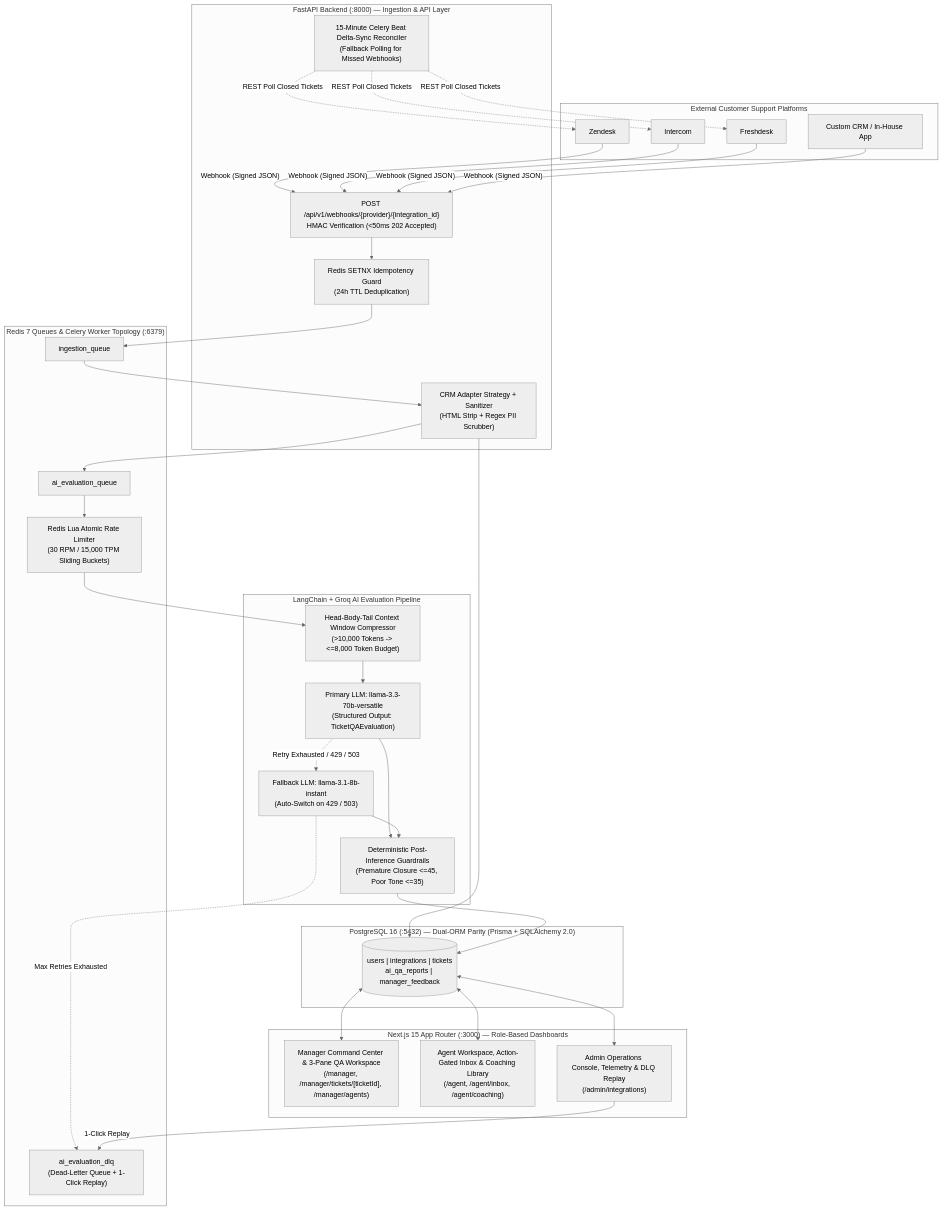
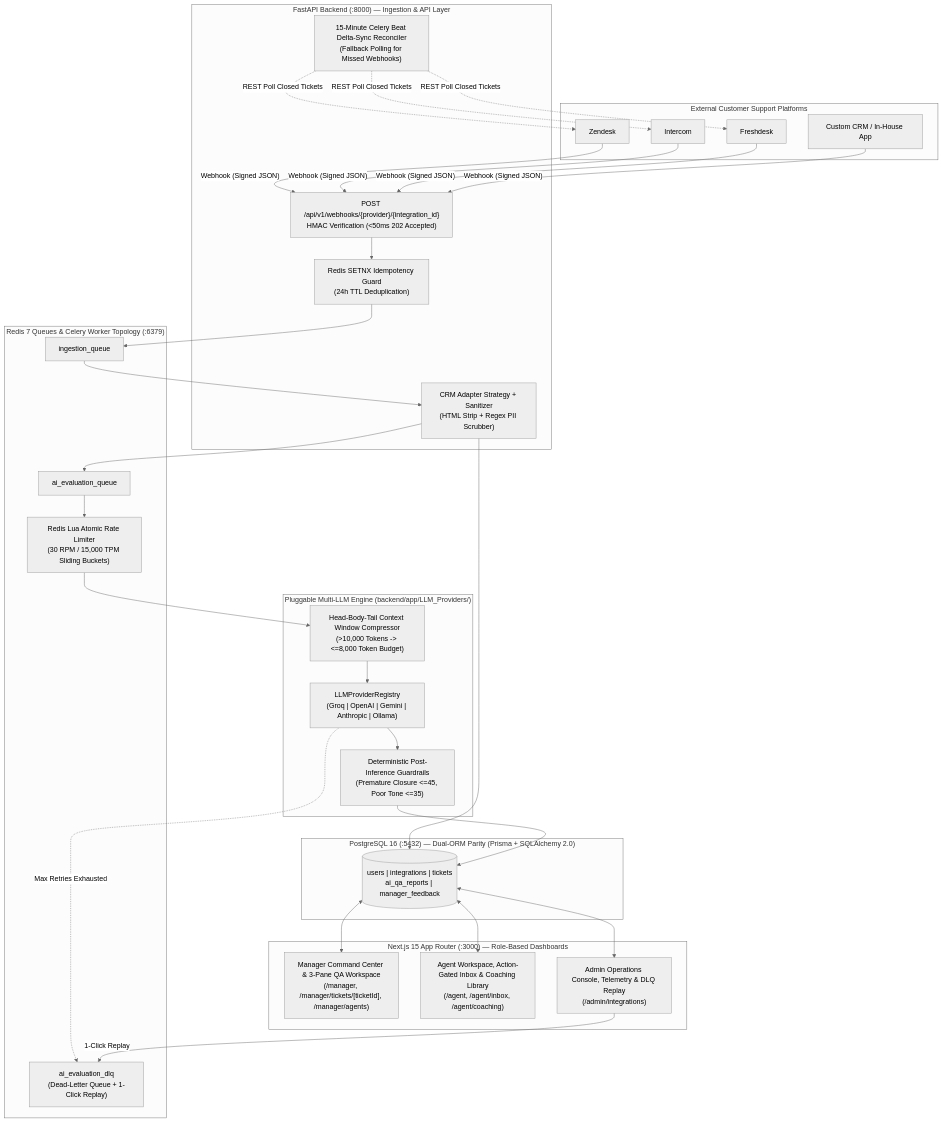
Before and after one commit to engayman2002/Customer-Support-Ticket-Summarization-Agent-QA-Platform: the diagram in README.md, drawn with Mermaid (neutral theme). The commit also changed other lines of this file and 16 other files, not shown here.

Commit message:
refactor(config,ai): modularize layered .env configs and add pluggable backend/app/LLM_Providers architecture

````diff
--- a/README.md
+++ b/README.md
@@ -36,50 +37,47 @@
 ```mermaid
 flowchart TD
     subgraph ExternalCRMs["External Customer Support Platforms"]
         ZD["Zendesk"]
         IC["Intercom"]
         FD["Freshdesk"]
         CU["Custom CRM / In-House App"]
     end
 
     subgraph FastAPIIngestion["FastAPI Backend (:8000) — Ingestion & API Layer"]
         WH["POST /api/v1/webhooks/{provider}/{integration_id}<br/>HMAC Verification (<50ms 202 Accepted)"]
         DEDUP["Redis SETNX Idempotency Guard<br/>(24h TTL Deduplication)"]
         NORM["CRM Adapter Strategy + Sanitizer<br/>(HTML Strip + Regex PII Scrubber)"]
         RECON["15-Minute Celery Beat Delta-Sync Reconciler<br/>(Fallback Polling for Missed Webhooks)"]
     end
 
     subgraph AsyncWorkers["Redis 7 Queues & Celery Worker Topology (:6379)"]
         INGQ["ingestion_queue"]
         EVALQ["ai_evaluation_queue"]
         DLQ["ai_evaluation_dlq<br/>(Dead-Letter Queue + 1-Click Replay)"]
         RL["Redis Lua Atomic Rate Limiter<br/>(30 RPM / 15,000 TPM Sliding Buckets)"]
     end
 
-    subgraph AIPipeline["LangChain + Groq AI Evaluation Pipeline"]
+    subgraph LLMProviders["Pluggable Multi-LLM Engine (backend/app/LLM_Providers/)"]
         COMP["Head-Body-Tail Context Window Compressor<br/>(>10,000 Tokens -> <=8,000 Token Budget)"]
-        LLM1["Primary LLM: llama-3.3-70b-versatile<br/>(Structured Output: TicketQAEvaluation)"]
-        LLM2["Fallback LLM: llama-3.1-8b-instant<br/>(Auto-Switch on 429 / 503)"]
+        REG["LLMProviderRegistry<br/>(Groq | OpenAI | Gemini | Anthropic | Ollama)"]
         GUARD["Deterministic Post-Inference Guardrails<br/>(Premature Closure <=45, Poor Tone <=35)"]
     end
 
     subgraph Database["PostgreSQL 16 (:5432) — Dual-ORM Parity (Prisma + SQLAlchemy 2.0)"]
         DB[("users | integrations | tickets<br/>ai_qa_reports | manager_feedback")]
     end
 
     subgraph NextJSFrontend["Next.js 15 App Router (:3000) — Role-Based Dashboards"]
         MGR["Manager Command Center & 3-Pane QA Workspace<br/>(/manager, /manager/tickets/[ticketId], /manager/agents)"]
         AGT["Agent Workspace, Action-Gated Inbox & Coaching Library<br/>(/agent, /agent/inbox, /agent/coaching)"]
         ADM["Admin Operations Console, Telemetry & DLQ Replay<br/>(/admin/integrations)"]
     end
 
     ZD & IC & FD & CU -->|"Webhook (Signed JSON)"| WH
     RECON -.->|"REST Poll Closed Tickets"| ZD & IC & FD
     WH --> DEDUP --> INGQ --> NORM --> DB
-    NORM --> EVALQ --> RL --> COMP --> LLM1
-    LLM1 -.->|"Retry Exhausted / 429 / 503"| LLM2
-    LLM1 & LLM2 --> GUARD --> DB
-    LLM2 -.->|"Max Retries Exhausted"| DLQ
+    NORM --> EVALQ --> RL --> COMP --> REG --> GUARD --> DB
+    REG -.->|"Max Retries Exhausted"| DLQ
     ADM -->|"1-Click Replay"| DLQ
     DB <--> MGR & AGT & ADM
 ```
````
